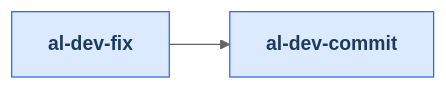
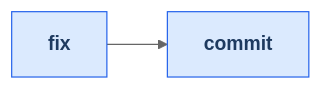
Before and after one commit to russell-laing/al-dev-shared: the fourth of 4 diagrams in docs/plugin_graph.md, drawn with Mermaid (neutral theme). The commit also changed other lines of this file and 8 other files, not shown here.

````diff
--- a/docs/plugin_graph.md
+++ b/docs/plugin_graph.md
@@ -481,11 +501,11 @@
 ```mermaid
 flowchart LR
     classDef skillNode fill:#dbeafe,stroke:#2563eb,color:#1e3a5f,font-weight:bold
-    skill_al_dev_fix[al-dev-fix]
-    skill_al_dev_commit[al-dev-commit]
+    skill_fix[fix]
+    skill_commit[commit]
 
-    skill_al_dev_fix --> skill_al_dev_commit
+    skill_fix --> skill_commit
 
-    class skill_al_dev_fix skillNode
-    class skill_al_dev_commit skillNode
+    class skill_fix skillNode
+    class skill_commit skillNode
 ```
````
